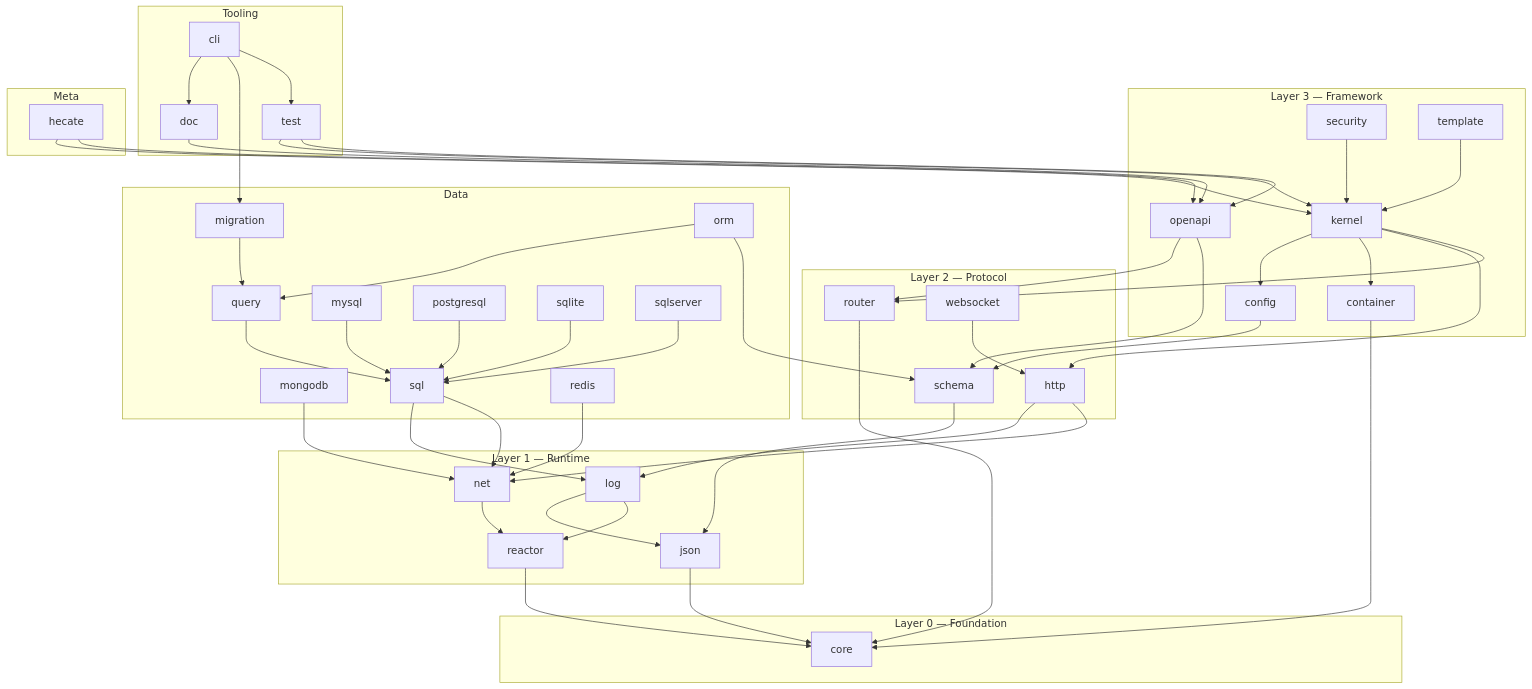
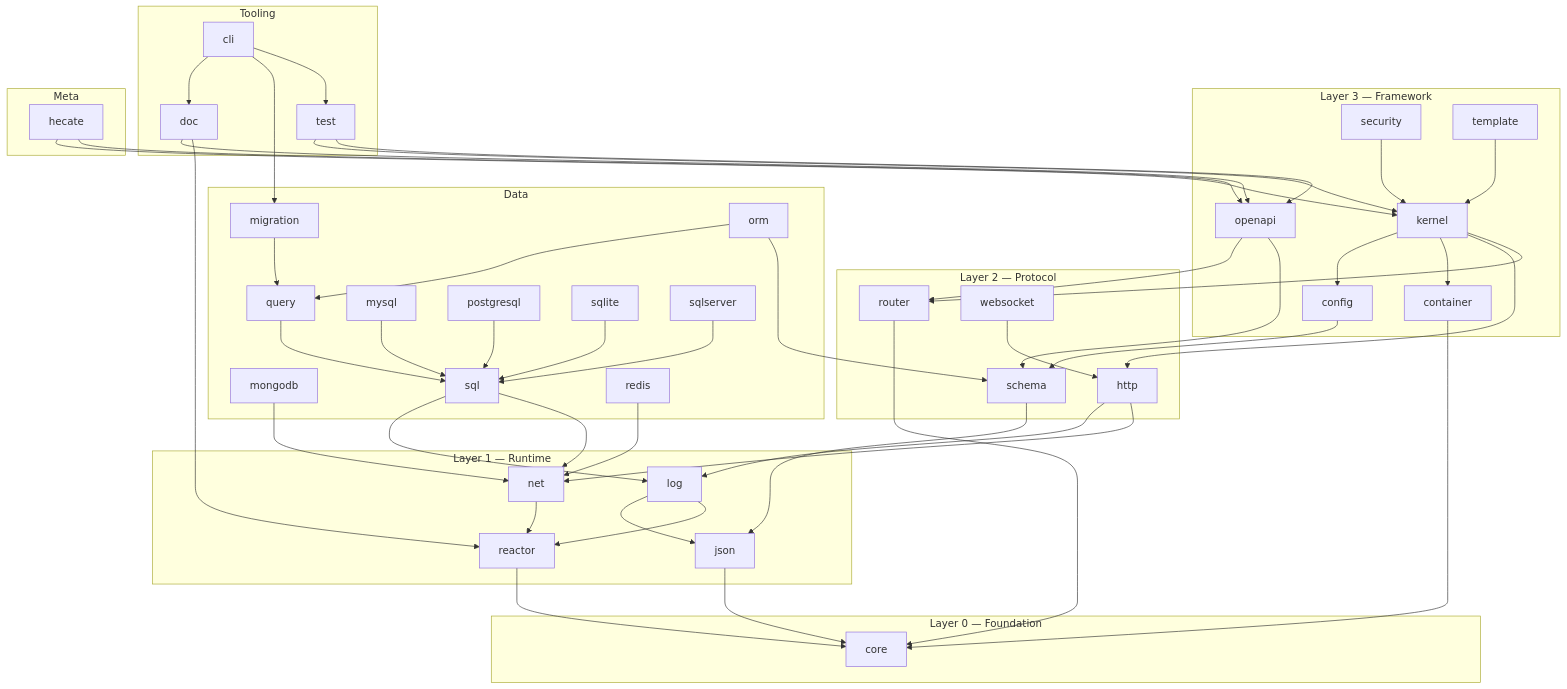
One commit to hecate-framework/hecate changed the first of 2 diagrams in docs/architecture/overview.md. Above: the diagram before and after it, drawn with Mermaid. The commit also changed 11 other files, not shown here.

First line of the commit message:
docs: bring status, task catalogue, changelog and roadmap in line with the repository

````diff
--- a/docs/architecture/overview.md
+++ b/docs/architecture/overview.md
@@ -10,58 +10,59 @@
 ```mermaid
 flowchart TB
   subgraph L0[Layer 0 — Foundation]
     core
   end
   subgraph L1[Layer 1 — Runtime]
     json --> core
     log --> json
     log --> reactor
     net --> reactor
     reactor --> core
   end
   subgraph L2[Layer 2 — Protocol]
     http --> log
     http --> net
     router --> core
     schema --> json
     websocket --> http
   end
   subgraph L3[Layer 3 — Framework]
     config --> schema
     container --> core
     kernel --> config
     kernel --> container
     kernel --> http
     kernel --> router
     openapi --> router
     openapi --> schema
     security --> kernel
     template --> kernel
   end
   subgraph D[Data]
     migration --> query
     mongodb --> net
     mysql --> sql
     orm --> query
     orm --> schema
     postgresql --> sql
     query --> sql
     redis --> net
     sql --> log
     sql --> net
     sqlite --> sql
     sqlserver --> sql
   end
   subgraph T[Tooling]
     cli --> doc
     cli --> migration
     cli --> test
     doc --> openapi
+    doc --> reactor
     test --> kernel
     test --> openapi
   end
   subgraph M[Meta]
     hecate --> kernel
     hecate --> openapi
   end
 ```
````
